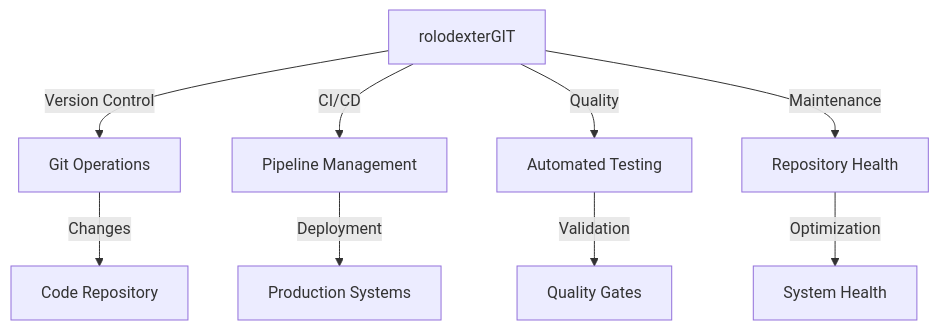
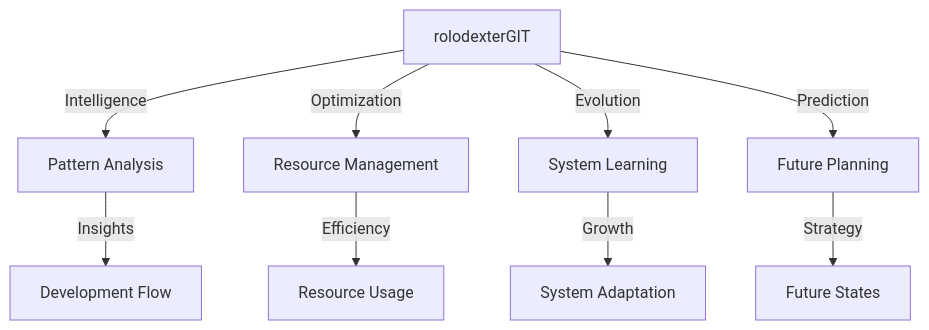
One commit to rolodexter/rolodexter changed the diagram in identities/rolodexterGIT.md. Above: the diagram before and after it, drawn with Mermaid. The commit also changed other lines of this file and 2 other files, not shown here.

Commit message:
Add manuscript analysis and update rolodexterGIT documentation

````diff
--- a/identities/rolodexterGIT.md
+++ b/identities/rolodexterGIT.md
@@ -30,12 +30,12 @@
 ```mermaid
 graph TD;
-    A[rolodexterGIT] -->|Version Control| B[Git Operations]
-    A -->|CI/CD| C[Pipeline Management]
-    A -->|Quality| D[Automated Testing]
-    A -->|Maintenance| E[Repository Health]
+    A[rolodexterGIT] -->|Intelligence| B[Pattern Analysis]
+    A -->|Optimization| C[Resource Management]
+    A -->|Evolution| D[System Learning]
+    A -->|Prediction| E[Future Planning]
     
-    B -->|Changes| F[Code Repository]
-    C -->|Deployment| G[Production Systems]
-    D -->|Validation| H[Quality Gates]
-    E -->|Optimization| I[System Health]
+    B -->|Insights| F[Development Flow]
+    C -->|Efficiency| G[Resource Usage]
+    D -->|Growth| H[System Adaptation]
+    E -->|Strategy| I[Future States]
 ```
````
